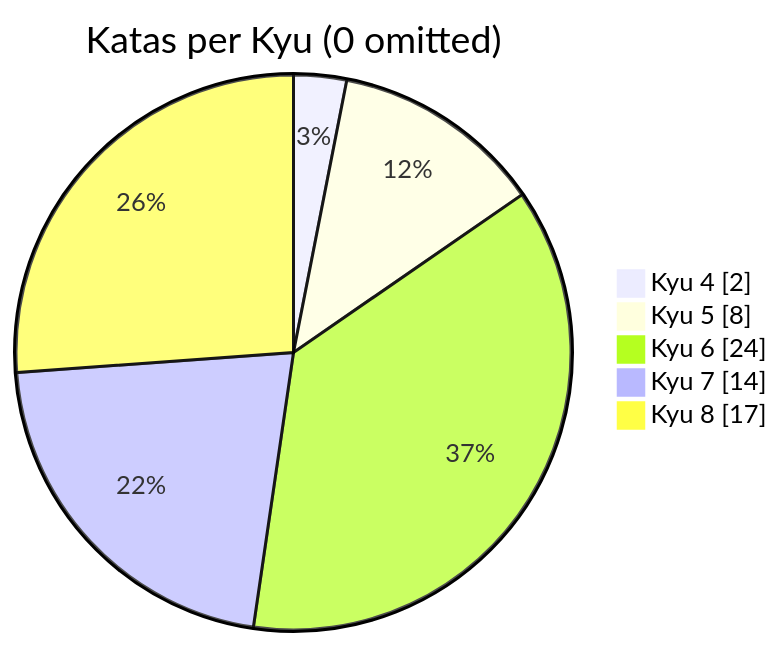
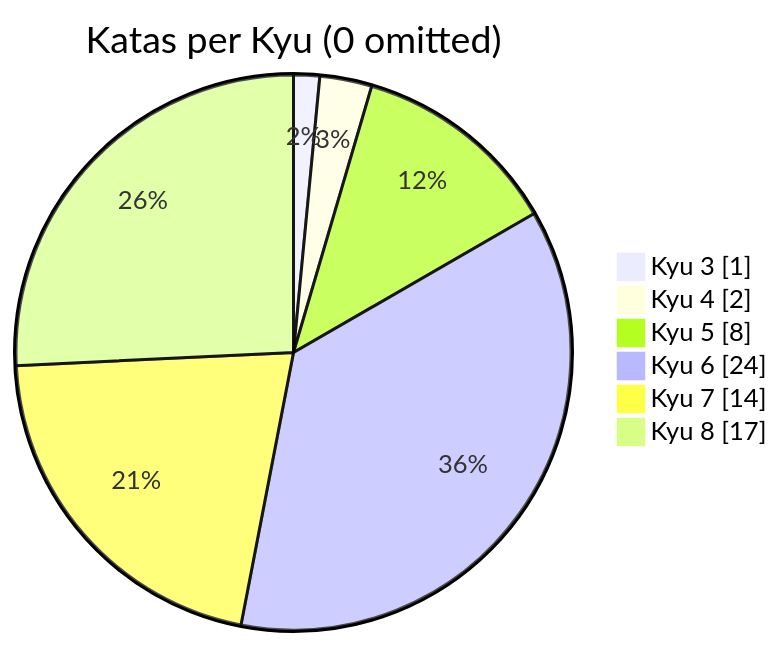
Before and after one commit to MauricioLudwig/codewars-typescript: the diagram in README.md, drawn with Mermaid. The commit also changed other lines of this file, not shown here.

````diff
--- a/README.md
+++ b/README.md
@@ -20,9 +20,10 @@
 ```mermaid
 pie showData
     title Katas per Kyu (0 omitted)
+	"Kyu 3": 1
 	"Kyu 4": 2
 	"Kyu 5": 8
 	"Kyu 6": 24
 	"Kyu 7": 14
 	"Kyu 8": 17
 ```
````
